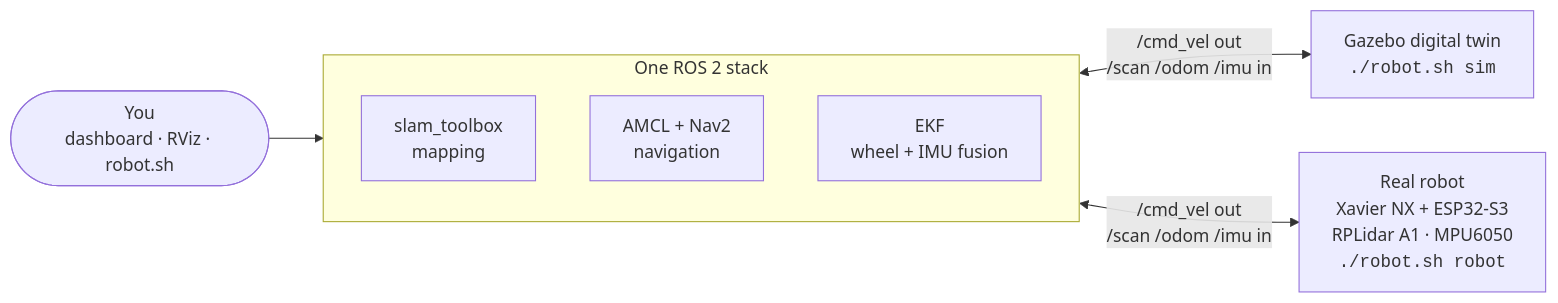
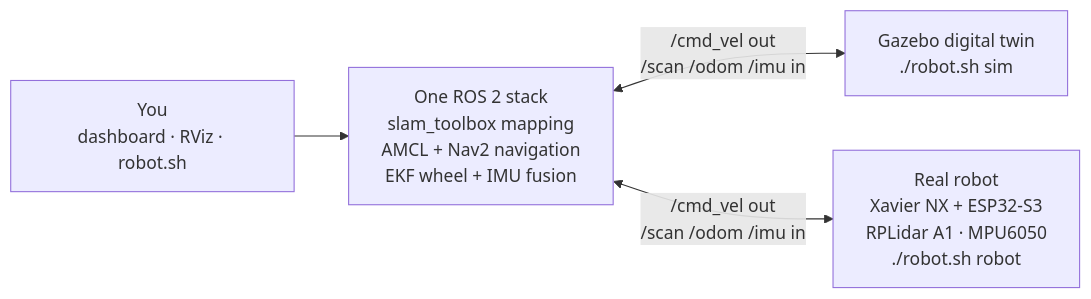
Before and after one commit to jakhon37/autoJetsonBot: the first of 2 diagrams in README.md, drawn with Mermaid. The commit also changed other lines of this file, not shown here.

Commit message:
Make the README diagrams render fully and legibly on GitHub.

````diff
--- a/README.md
+++ b/README.md
@@ -39,14 +39,10 @@
 ```mermaid
 flowchart LR
-    you(["You<br/>dashboard · RViz · robot.sh"])
-    subgraph stack["One ROS 2 stack"]
-        slam["slam_toolbox<br/>mapping"]
-        nav["AMCL + Nav2<br/>navigation"]
-        ekf["EKF<br/>wheel + IMU fusion"]
-    end
-    gz["Gazebo digital twin<br/><code>./robot.sh sim</code>"]
-    hw["Real robot<br/>Xavier NX + ESP32-S3<br/>RPLidar A1 · MPU6050<br/><code>./robot.sh robot</code>"]
+    you["You<br/>dashboard · RViz · robot.sh"]
+    stack["One ROS 2 stack<br/>slam_toolbox mapping<br/>AMCL + Nav2 navigation<br/>EKF wheel + IMU fusion"]
+    gz["Gazebo digital twin<br/>./robot.sh sim"]
+    hw["Real robot<br/>Xavier NX + ESP32-S3<br/>RPLidar A1 · MPU6050<br/>./robot.sh robot"]
     you --> stack
     stack <-->|"/cmd_vel out<br/>/scan /odom /imu in"| gz
     stack <-->|"/cmd_vel out<br/>/scan /odom /imu in"| hw
 ```
````
